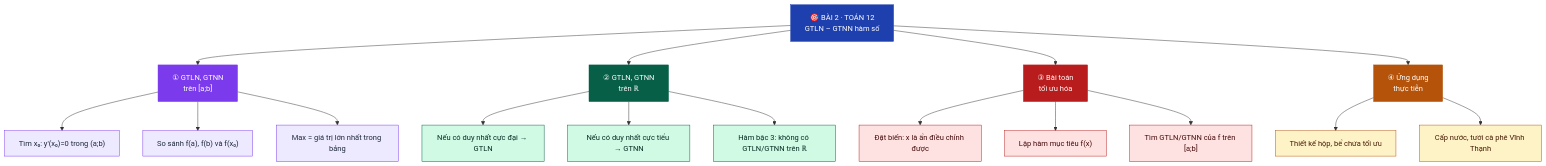
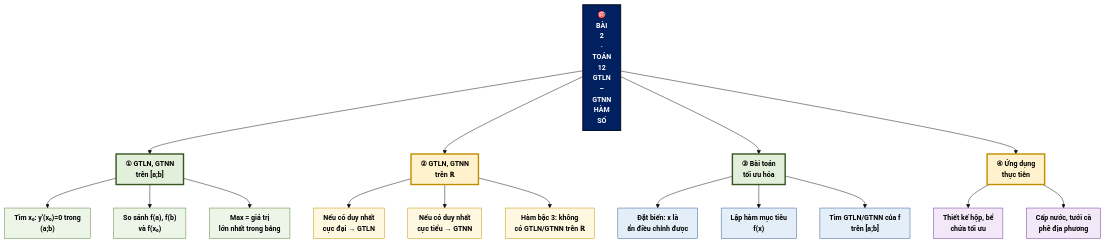
Before and after one commit to Trangtu66/Taode_thi_online: diagram 20 of 30 in README.md, drawn with Mermaid. The commit also changed other lines of this file and 299 other files, not shown here.

````diff
--- a/README.md
+++ b/README.md
@@ -771,33 +844,36 @@
 ```mermaid
+%%{init: {"theme": "base", "htmlLabels": true, "flowchart": {"htmlLabels": true, "padding": 10, "curve": "basis"}, "themeVariables": {"fontSize": "15px"}}}%%
 graph TD
-    G["🎯 BÀI 2 · TOÁN 12<br/>GTLN – GTNN hàm số"]:::root
+    G["🎯<BR/>BÀI<BR/>2<BR/>·<BR/>TOÁN<BR/>12<BR/>GTLN<BR/>–<BR/>GTNN<BR/>HÀM<BR/>SỐ"]:::root
     G --> A["① GTLN, GTNN<br/>trên [a;b]"]:::n1
     G --> B["② GTLN, GTNN<br/>trên ℝ"]:::n2
     G --> C["③ Bài toán<br/>tối ưu hóa"]:::n3
     G --> D["④ Ứng dụng<br/>thực tiễn"]:::n4
 
-    A --> A1["Tìm x₀: y'(x₀)=0 trong (a;b)"]:::l1
-    A --> A2["So sánh f(a), f(b) và f(x₀)"]:::l1
-    A --> A3["Max = giá trị lớn nhất trong bảng"]:::l1
+    A --> A1["Tìm x₀: y'(x₀)=0 trong<br/>(a;b)"]:::l1
+    A --> A2["So sánh f(a), f(b)<br/>và f(x₀)"]:::l1
+    A --> A3["Max = giá trị<br/>lớn nhất trong bảng"]:::l1
 
-    B --> B1["Nếu có duy nhất cực đại → GTLN"]:::l2
-    B --> B2["Nếu có duy nhất cực tiểu → GTNN"]:::l2
-    B --> B3["Hàm bậc 3: không có GTLN/GTNN trên ℝ"]:::l2
+    B --> B1["Nếu có duy nhất<br/>cực đại → GTLN"]:::l2
+    B --> B2["Nếu có duy nhất<br/>cực tiểu → GTNN"]:::l2
+    B --> B3["Hàm bậc 3: không<br/>có GTLN/GTNN trên ℝ"]:::l2
 
-    C --> C1["Đặt biến: x là ẩn điều chỉnh được"]:::l3
-    C --> C2["Lập hàm mục tiêu f(x)"]:::l3
-    C --> C3["Tìm GTLN/GTNN của f trên [a;b]"]:::l3
+    C --> C1["Đặt biến: x là<br/>ẩn điều chỉnh được"]:::l3
+    C --> C2["Lập hàm mục tiêu<br/>f(x)"]:::l3
+    C --> C3["Tìm GTLN/GTNN của f<br/>trên [a;b]"]:::l3
 
-    D --> D1["Thiết kế hộp, bể chứa tối ưu"]:::l4
-    D --> D2["Cấp nước, tưới cà phê Vĩnh Thạnh"]:::l4
+    D --> D1["Thiết kế hộp, bể<br/>chứa tối ưu"]:::l4
+    D --> D2["Cấp nước, tưới cà<br/>phê địa phương"]:::l4
 
-    classDef root fill:#1E40AF,color:#fff,stroke:#1E40AF
-    classDef n1 fill:#7C3AED,color:#fff,stroke:#7C3AED
-    classDef n2 fill:#065F46,color:#fff,stroke:#065F46
-    classDef n3 fill:#B91C1C,color:#fff,stroke:#B91C1C
-    classDef n4 fill:#B45309,color:#fff,stroke:#B45309
-    classDef l1 fill:#EDE9FE,color:#1E293B,stroke:#7C3AED
-    classDef l2 fill:#D1FAE5,color:#022c22,stroke:#065F46
-    classDef l3 fill:#FEE2E2,color:#450a0a,stroke:#B91C1C
-    classDef l4 fill:#FEF3C7,color:#451a03,stroke:#B45309
+    classDef root fill:#002060,color:#FFFFFF,stroke:#000B1E,stroke-width:2px,font-weight:bold
+    classDef n1 fill:#E2EFDA,color:#000000,stroke:#375623,stroke-width:3px,font-weight:bold
+    classDef n2 fill:#FFF2CC,color:#000000,stroke:#BF8F00,stroke-width:3px,font-weight:bold
+    classDef n3 fill:#E2EFDA,color:#000000,stroke:#375623,stroke-width:3px,font-weight:bold
+    classDef n4 fill:#FFF2CC,color:#000000,stroke:#BF8F00,stroke-width:3px,font-weight:bold
+    classDef n5 fill:#E2EFDA,color:#000000,stroke:#375623,stroke-width:3px,font-weight:bold
+    classDef l1 fill:#EDF5E8,color:#000000,stroke:#548235
+    classDef l2 fill:#FFF8E1,color:#000000,stroke:#BF8F00
+    classDef l3 fill:#E3EEF9,color:#000000,stroke:#2F5597
+    classDef l4 fill:#F3E8F7,color:#000000,stroke:#7030A0
+    classDef l5 fill:#FDE9E1,color:#000000,stroke:#C55A11
 ```
````
